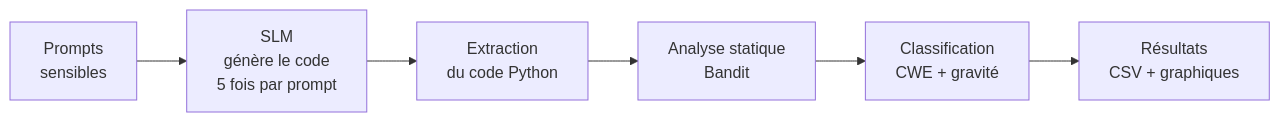
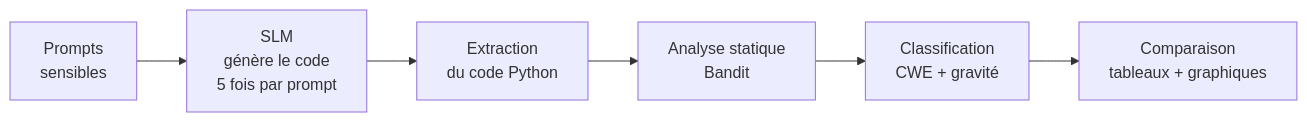
Before and after one commit to iblihimaryam306-dotcom/slm-code-security: the diagram in README.md, drawn with Mermaid. The commit also changed other lines of this file, not shown here.

````diff
--- a/README.md
+++ b/README.md
@@ -60,8 +76,8 @@
 ```mermaid
 flowchart LR
     A[Prompts<br/>sensibles] --> B[SLM<br/>génère le code<br/>5 fois par prompt]
     B --> C[Extraction<br/>du code Python]
     C --> D[Analyse statique<br/>Bandit]
     D --> E[Classification<br/>CWE + gravité]
-    E --> F[Résultats<br/>CSV + graphiques]
+    E --> F[Comparaison<br/>tableaux + graphiques]
 ```
````
